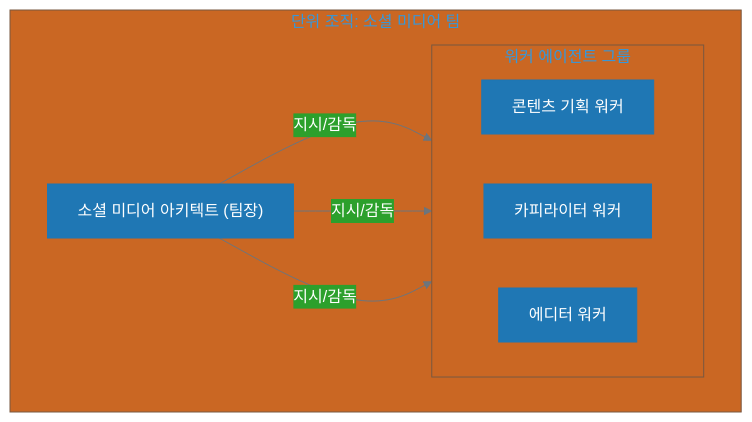
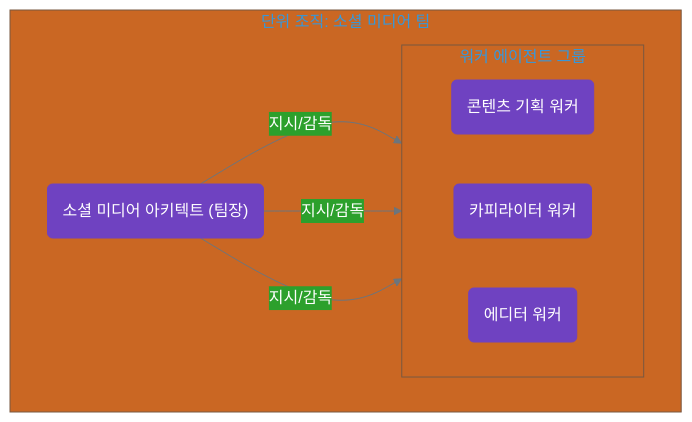
One commit to wooxist/ai-instructions changed the first of 2 diagrams in book/11-2-unit-organization.md. Above: the diagram before and after it, drawn with Mermaid. The commit also changed other lines of this file and 15 other files, not shown here.

````diff
--- a/book/11-2-unit-organization.md
+++ b/book/11-2-unit-organization.md
@@ -40,26 +40,35 @@
 ```mermaid
 %%{init: {
   'theme': 'base',
   'themeVariables': {
     'primaryColor': '#1f77b4',
     'primaryTextColor': '#ffffff',
     'primaryBorderColor': '#1f77b4',
     'lineColor': '#6c757d',
     'background': 'transparent',
     'edgeLabelBackground': '#2ca02c'
   }
 }}%%
 graph TD
     subgraph "단위 조직: 소셜 미디어 팀"
-        Architect["소셜 미디어 아키텍트 (팀장)"]
-        
+        Architect("소셜 미디어 아키텍트 (팀장)")
+
         subgraph "워커 에이전트 그룹"
             direction LR
-            P["콘텐츠 기획 워커"]
-            C["카피라이터 워커"]
-            E["에디터 워커"]
+            P("콘텐츠 기획 워커")
+            C("카피라이터 워커")
+            E("에디터 워커")
         end
 
         Architect -- "지시/감독" --> P & C & E
     end
+
+    %% 클래스 정의 및 적용 (WRITER 부록 A 기준)
+    classDef principle fill:#1f77b4,stroke:#1f77b4,color:#ffffff;
+    classDef decision fill:#ffffff,stroke:#495057,stroke-width:2px,color:#212529;
+    classDef agent fill:#6f42c1,stroke:#6f42c1,color:#ffffff;
+    classDef artifact fill:#17a2b8,stroke:#17a2b8,color:#ffffff;
+    classDef data fill:#2ca02c,stroke:#2ca02c,color:#ffffff;
+    classDef human fill:#e83e8c,stroke:#e83e8c,color:#ffffff;
+    class Architect,P,C,E agent;
 ```
````
